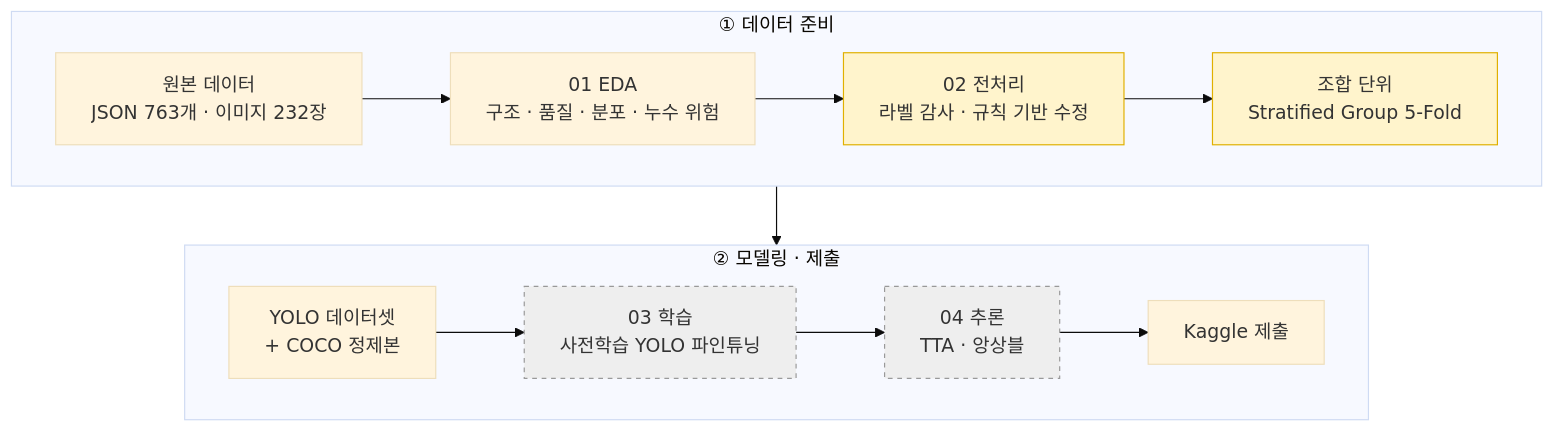
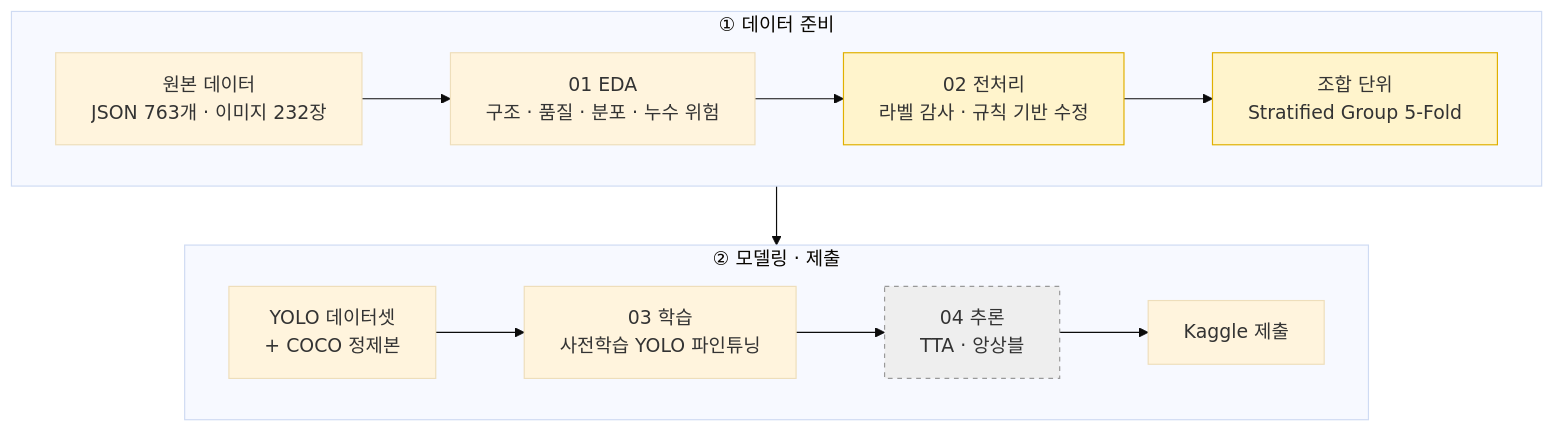
Before and after one commit to lee-da-gyo/ai-project-01-pill-detection: the diagram in README.md, drawn with Mermaid (base theme). The commit also changed other lines of this file and 40 other files, not shown here.

````diff
--- a/README.md
+++ b/README.md
@@ -92,21 +92,20 @@
 ```mermaid
 flowchart TB
     subgraph S1 [" ① 데이터 준비 "]
         direction LR
         A[원본 데이터<br/>JSON 763개 · 이미지 232장] --> B[01 EDA<br/>구조 · 품질 · 분포 · 누수 위험]
         B --> C[02 전처리<br/>라벨 감사 · 규칙 기반 수정]
         C --> D[조합 단위<br/>Stratified Group 5-Fold]
     end
     subgraph S2 [" ② 모델링 · 제출 "]
         direction LR
         E[YOLO 데이터셋<br/>+ COCO 정제본] --> F[03 학습<br/>사전학습 YOLO 파인튜닝]
         F --> G[04 추론<br/>TTA · 앙상블]
         G --> H[Kaggle 제출]
     end
     S1 --> S2
 
     style C fill:#FFF4CC,stroke:#E0B000
     style D fill:#FFF4CC,stroke:#E0B000
-    style F fill:#EEEEEE,stroke:#999999,stroke-dasharray: 4 4
     style G fill:#EEEEEE,stroke:#999999,stroke-dasharray: 4 4
 ```
````
